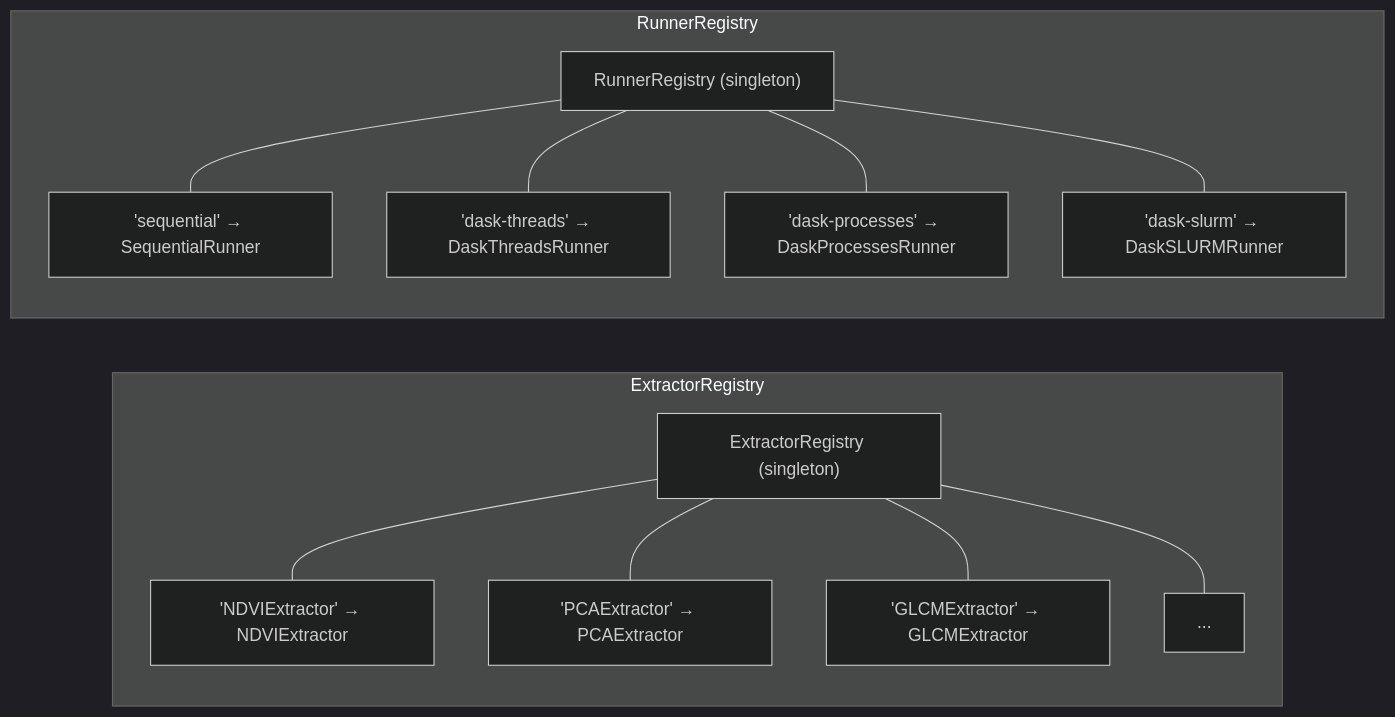
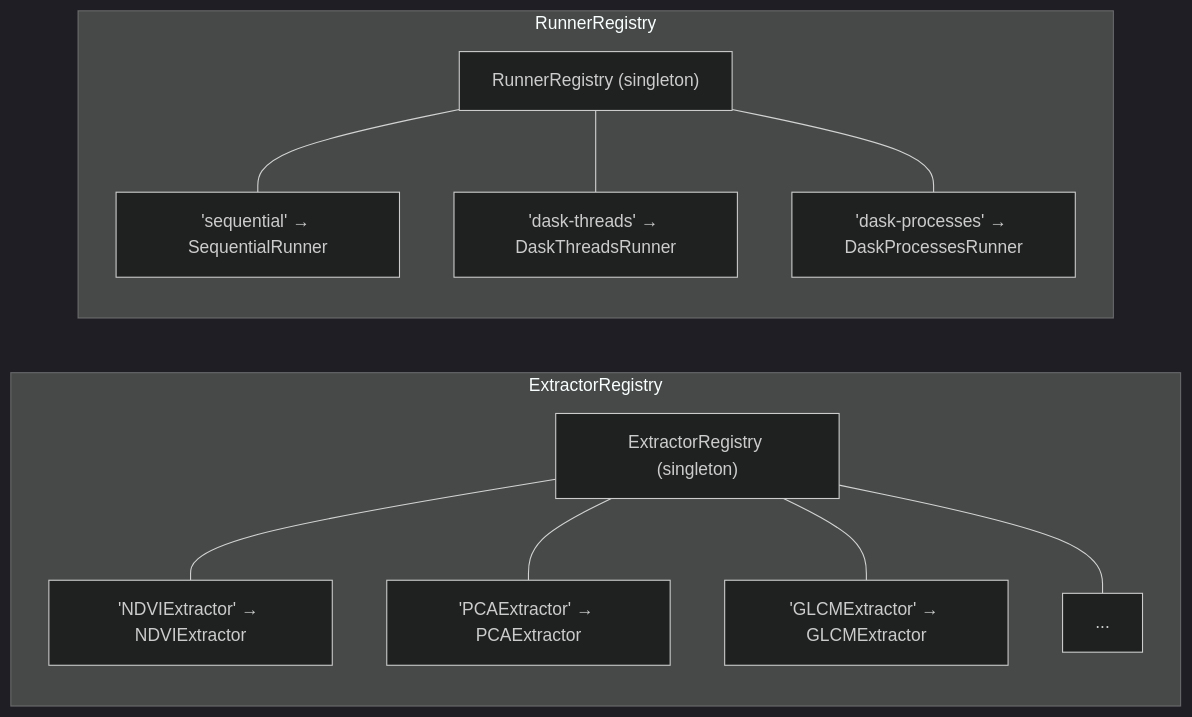
One commit to quatrope/hyppo changed the sixth of 6 diagrams in docs/source/architecture.rst. Above: the diagram before and after it, drawn with Mermaid (dark theme). The commit also changed other lines of this file and 28 other files, not shown here.

First line of the commit message:
improve test quality: add regression tests, fix exceptions, remove DaskSLURMRunner refs

```diff
--- a/docs/source/architecture.rst
+++ b/docs/source/architecture.rst
@@ -202,18 +199,17 @@
 .. mermaid::
 
    flowchart LR
        subgraph ExtractorRegistry
            ER["ExtractorRegistry (singleton)"]
            ER --- E1["'NDVIExtractor' → NDVIExtractor"]
            ER --- E2["'PCAExtractor' → PCAExtractor"]
            ER --- E3["'GLCMExtractor' → GLCMExtractor"]
            ER --- E4["..."]
        end
 
        subgraph RunnerRegistry
            RR["RunnerRegistry (singleton)"]
            RR --- R1["'sequential' → SequentialRunner"]
            RR --- R2["'dask-threads' → DaskThreadsRunner"]
            RR --- R3["'dask-processes' → DaskProcessesRunner"]
-           RR --- R4["'dask-slurm' → DaskSLURMRunner"]
        end
```
